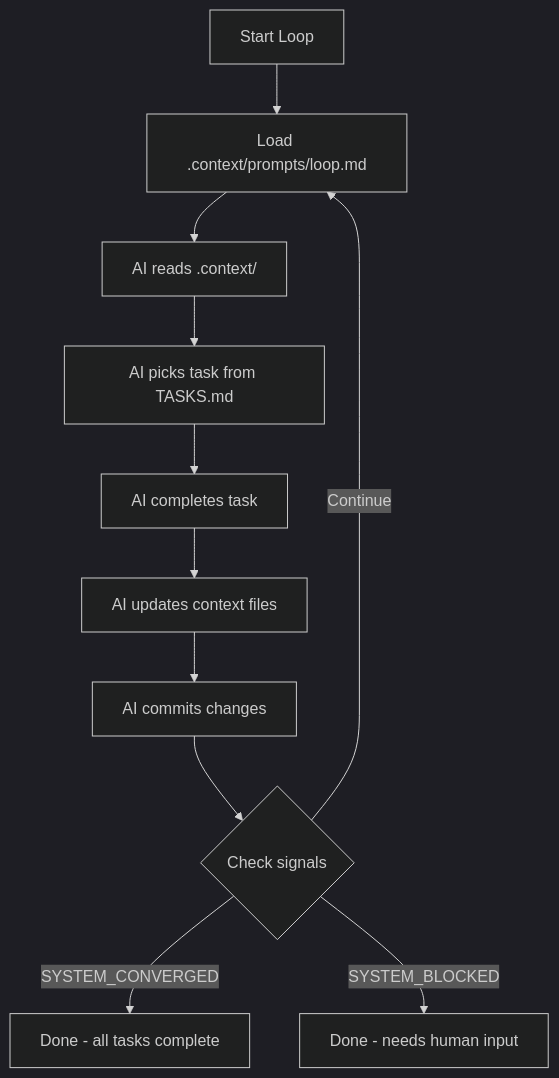
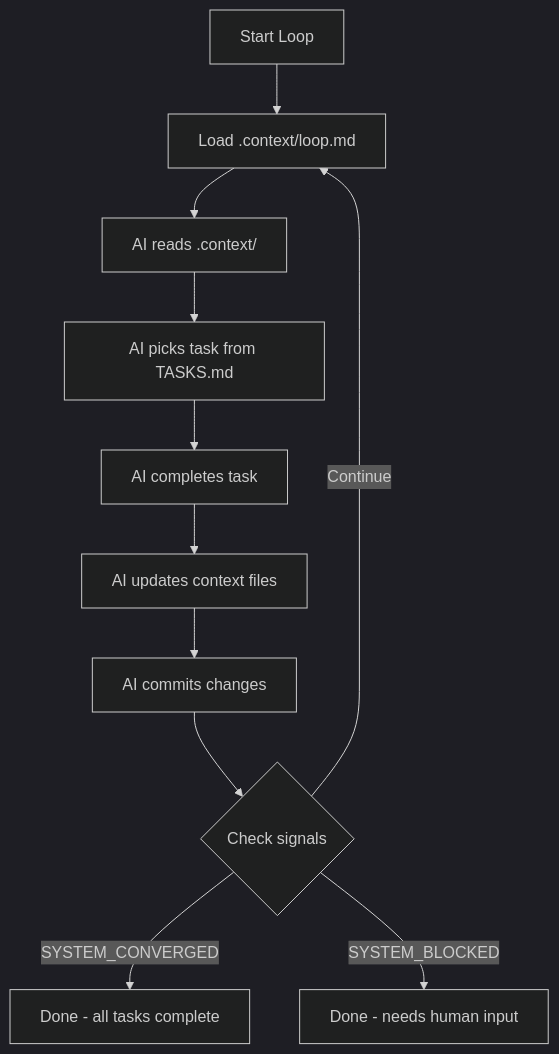
One commit to ActiveMemory/ctx changed the diagram in docs/operations/autonomous-loop.md. Above: the diagram before and after it, drawn with Mermaid (dark theme). The commit also changed other lines of this file and 67 other files, not shown here.

````diff
--- a/docs/operations/autonomous-loop.md
+++ b/docs/operations/autonomous-loop.md
@@ -36,13 +36,13 @@
 ```mermaid
 graph TD
-    A[Start Loop] --> B[Load .context/prompts/loop.md]
+    A[Start Loop] --> B[Load .context/loop.md]
     B --> C[AI reads .context/]
     C --> D[AI picks task from TASKS.md]
     D --> E[AI completes task]
     E --> F[AI updates context files]
     F --> G[AI commits changes]
     G --> H{Check signals}
     H -->|SYSTEM_CONVERGED| I[Done - all tasks complete]
     H -->|SYSTEM_BLOCKED| J[Done - needs human input]
     H -->|Continue| B
 ```
````
